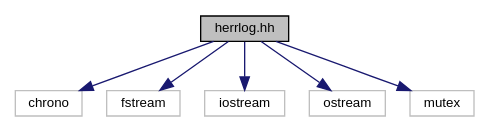
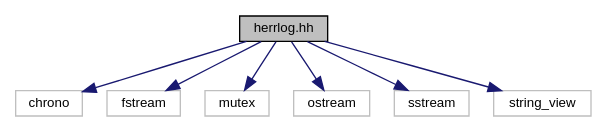
Before and after one commit to Saphereye/herr-log: the diagram in docs/herrlog_8hh__incl.dot, drawn with Graphviz. The commit also changed 47 other files, not shown here.

```diff
--- a/docs/herrlog_8hh__incl.dot
+++ b/docs/herrlog_8hh__incl.dot
@@ -1,17 +1,19 @@
 digraph "herrlog.hh"
 {
  // LATEX_PDF_SIZE
   edge [fontname="Helvetica",fontsize="10",labelfontname="Helvetica",labelfontsize="10"];
   node [fontname="Helvetica",fontsize="10",shape=record];
   Node1 [label="herrlog.hh",height=0.2,width=0.4,color="black", fillcolor="grey75", style="filled", fontcolor="black",tooltip="Header file only logging library."];
   Node1 -> Node2 [color="midnightblue",fontsize="10",style="solid",fontname="Helvetica"];
   Node2 [label="chrono",height=0.2,width=0.4,color="grey75", fillcolor="white", style="filled",tooltip=" "];
   Node1 -> Node3 [color="midnightblue",fontsize="10",style="solid",fontname="Helvetica"];
   Node3 [label="fstream",height=0.2,width=0.4,color="grey75", fillcolor="white", style="filled",tooltip=" "];
   Node1 -> Node4 [color="midnightblue",fontsize="10",style="solid",fontname="Helvetica"];
-  Node4 [label="iostream",height=0.2,width=0.4,color="grey75", fillcolor="white", style="filled",tooltip=" "];
+  Node4 [label="mutex",height=0.2,width=0.4,color="grey75", fillcolor="white", style="filled",tooltip=" "];
   Node1 -> Node5 [color="midnightblue",fontsize="10",style="solid",fontname="Helvetica"];
   Node5 [label="ostream",height=0.2,width=0.4,color="grey75", fillcolor="white", style="filled",tooltip=" "];
   Node1 -> Node6 [color="midnightblue",fontsize="10",style="solid",fontname="Helvetica"];
-  Node6 [label="mutex",height=0.2,width=0.4,color="grey75", fillcolor="white", style="filled",tooltip=" "];
+  Node6 [label="sstream",height=0.2,width=0.4,color="grey75", fillcolor="white", style="filled",tooltip=" "];
+  Node1 -> Node7 [color="midnightblue",fontsize="10",style="solid",fontname="Helvetica"];
+  Node7 [label="string_view",height=0.2,width=0.4,color="grey75", fillcolor="white", style="filled",tooltip=" "];
 }
```
